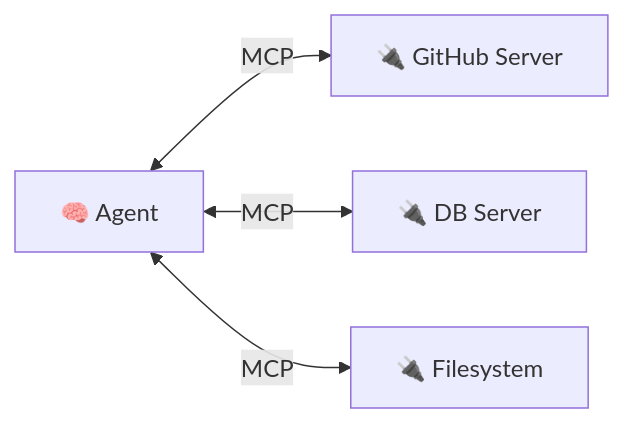
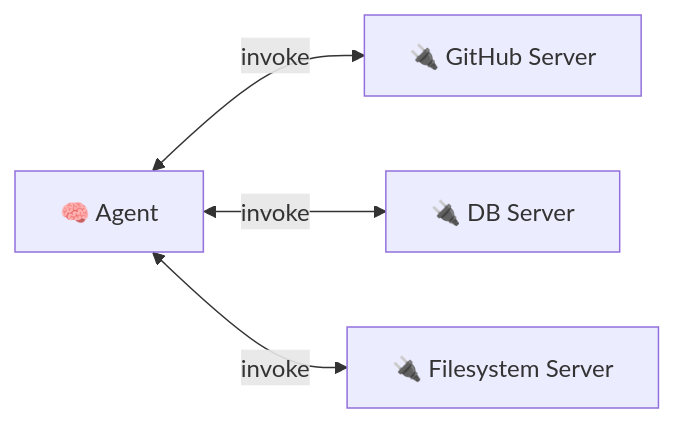
Before and after one commit to agenticloops-ai/agentic-ai-engineering: the sixth of 8 diagrams in 01-foundations/workshop.md, drawn with Mermaid. The commit also changed other lines of this file, not shown here.

Commit message:
docs: standardize diagram naming (nouns for shapes, verbs for arrows)

````diff
--- a/01-foundations/workshop.md
+++ b/01-foundations/workshop.md
@@ -285,6 +285,6 @@
 ```mermaid
 flowchart LR
-    A[🧠 Agent] <-->|MCP| S1[🔌 GitHub Server]
-    A <-->|MCP| S2[🔌 DB Server]
-    A <-->|MCP| S3[🔌 Filesystem]
+    A[🧠 Agent] <-->|invoke| S1[🔌 GitHub Server]
+    A <-->|invoke| S2[🔌 DB Server]
+    A <-->|invoke| S3[🔌 Filesystem Server]
 ```
````
